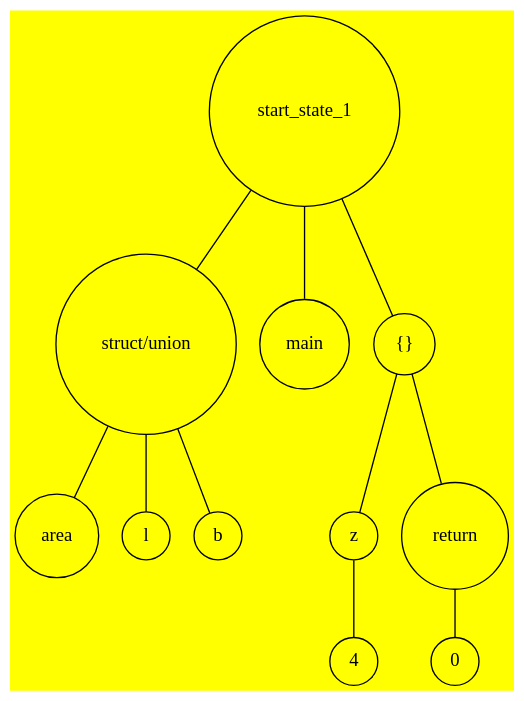
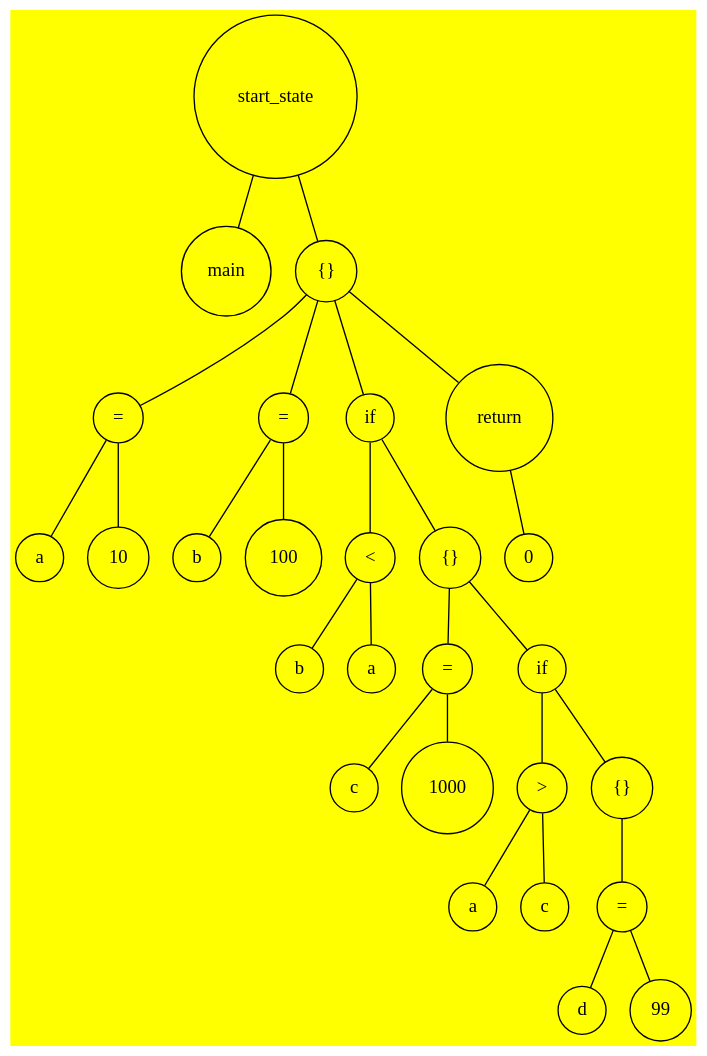
Before and after one commit to somupra/CS335-G9: the diagram in src/output_raw.dot, drawn with Graphviz. The commit also changed 1 other file, not shown here.

```diff
--- a/src/output_raw.dot
+++ b/src/output_raw.dot
@@ -1,24 +1,56 @@
 graph my_graph {
 bgcolor=yellow;
-0 [label=start_state_1, shape=circle];
-1 [label="struct/union", shape=circle];
+0 [label=start_state, shape=circle];
+1 [label=main, shape=circle];
 0 -- 1;
-2 [label=area, shape=circle];
-1 -- 2;
-3 [label=l, shape=circle];
-1 -- 3;
-4 [label=b, shape=circle];
-1 -- 4;
-5 [label=main, shape=circle];
-0 -- 5;
-6 [label="{}", shape=circle];
-0 -- 6;
-7 [label=z, shape=circle];
+2 [label="{}", shape=circle];
+0 -- 2;
+3 [label="=", shape=circle];
+2 -- 3;
+4 [label=a, shape=circle];
+3 -- 4;
+5 [label=10, shape=circle];
+3 -- 5;
+6 [label="=", shape=circle];
+2 -- 6;
+7 [label=b, shape=circle];
 6 -- 7;
-8 [label=4, shape=circle];
-7 -- 8;
-9 [label=return, shape=circle];
-6 -- 9;
-10 [label=0, shape=circle];
+8 [label=100, shape=circle];
+6 -- 8;
+9 [label=if, shape=circle];
+2 -- 9;
+10 [label="<", shape=circle];
 9 -- 10;
+11 [label=b, shape=circle];
+10 -- 11;
+12 [label=a, shape=circle];
+10 -- 12;
+13 [label="{}", shape=circle];
+9 -- 13;
+14 [label="=", shape=circle];
+13 -- 14;
+15 [label=c, shape=circle];
+14 -- 15;
+16 [label=1000, shape=circle];
+14 -- 16;
+17 [label=if, shape=circle];
+13 -- 17;
+18 [label=">", shape=circle];
+17 -- 18;
+19 [label=a, shape=circle];
+18 -- 19;
+20 [label=c, shape=circle];
+18 -- 20;
+21 [label="{}", shape=circle];
+17 -- 21;
+22 [label="=", shape=circle];
+21 -- 22;
+23 [label=d, shape=circle];
+22 -- 23;
+24 [label=99, shape=circle];
+22 -- 24;
+25 [label=return, shape=circle];
+2 -- 25;
+26 [label=0, shape=circle];
+25 -- 26;
 }
```
